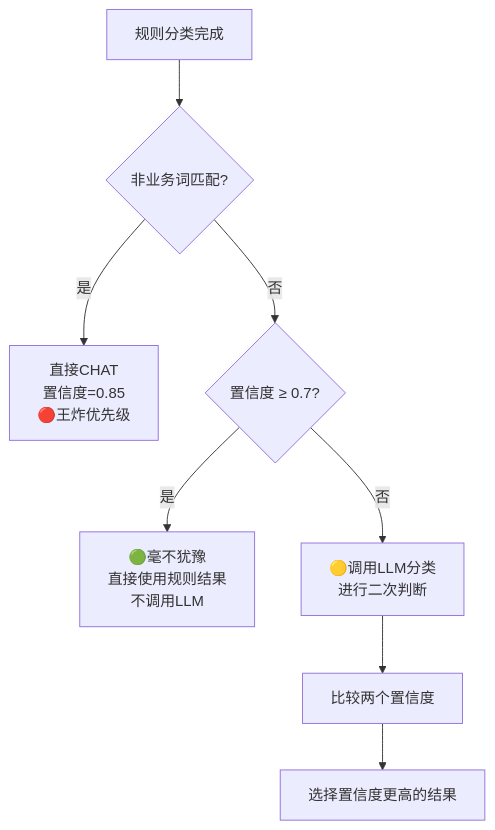
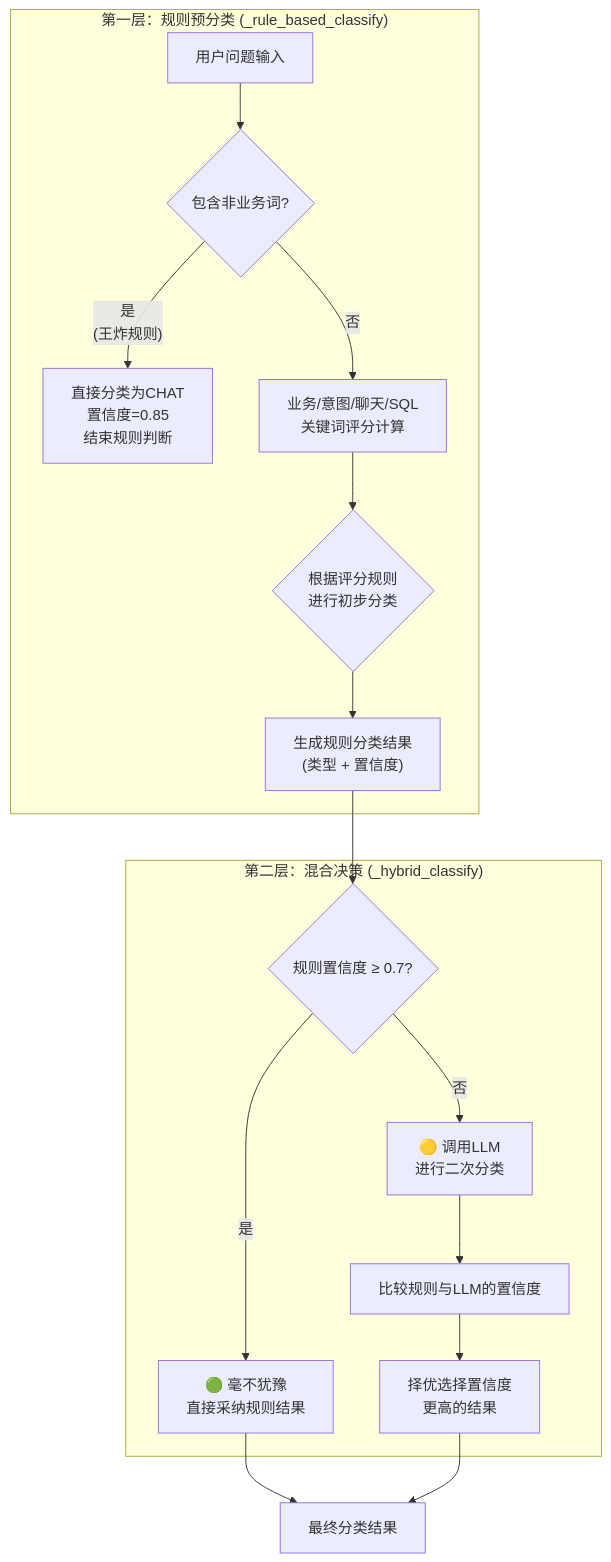
Before and after one commit to paulwxq/VANNA-CHAINLIT-CHROMADB: the third of 3 diagrams in docs/问题分类器规则判断逻辑详解.md, drawn with Mermaid. The commit also changed other lines of this file and 8 other files, not shown here.

````diff
--- a/docs/问题分类器规则判断逻辑详解.md
+++ b/docs/问题分类器规则判断逻辑详解.md
@@ -303,10 +255,21 @@
 ```mermaid
 graph TD
-    A[规则分类完成] --> B{非业务词匹配?}
-    B -->|是| C[直接CHAT<br/>置信度=0.85<br/>🔴王炸优先级]
-    B -->|否| D{置信度 ≥ 0.7?}
-    D -->|是| E[🟢毫不犹豫<br/>直接使用规则结果<br/>不调用LLM]
-    D -->|否| F[🟡调用LLM分类<br/>进行二次判断]
-    F --> G[比较两个置信度]
-    G --> H[选择置信度更高的结果]
+    subgraph "第一层：规则预分类 (_rule_based_classify)"
+        A["用户问题输入"] --> B{"包含非业务词?"};
+        B -- "是<br/>(王炸规则)" --> C["直接分类为CHAT<br/>置信度=0.85<br/>结束规则判断"];
+        B -- "否" --> D["业务/意图/聊天/SQL<br/>关键词评分计算"];
+        D --> E{"根据评分规则<br/>进行初步分类"};
+        E --> F["生成规则分类结果<br/>(类型 + 置信度)"];
+    end
+
+    subgraph "第二层：混合决策 (_hybrid_classify)"
+        F --> G{"规则置信度 ≥ 0.7?"};
+        G -- "是" --> H["🟢 毫不犹豫<br/>直接采纳规则结果"];
+        G -- "否" --> I["🟡 调用LLM<br/>进行二次分类"];
+        I --> J["比较规则与LLM的置信度"];
+        J --> K["择优选择置信度<br/>更高的结果"];
+    end
+    
+    H --> L["最终分类结果"];
+    K --> L;
 ```
````
